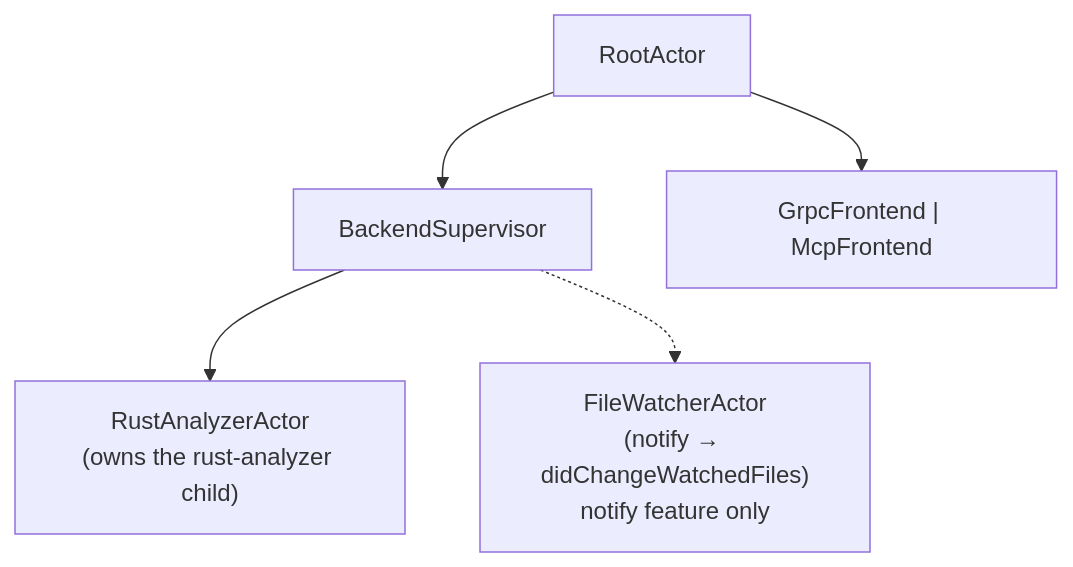
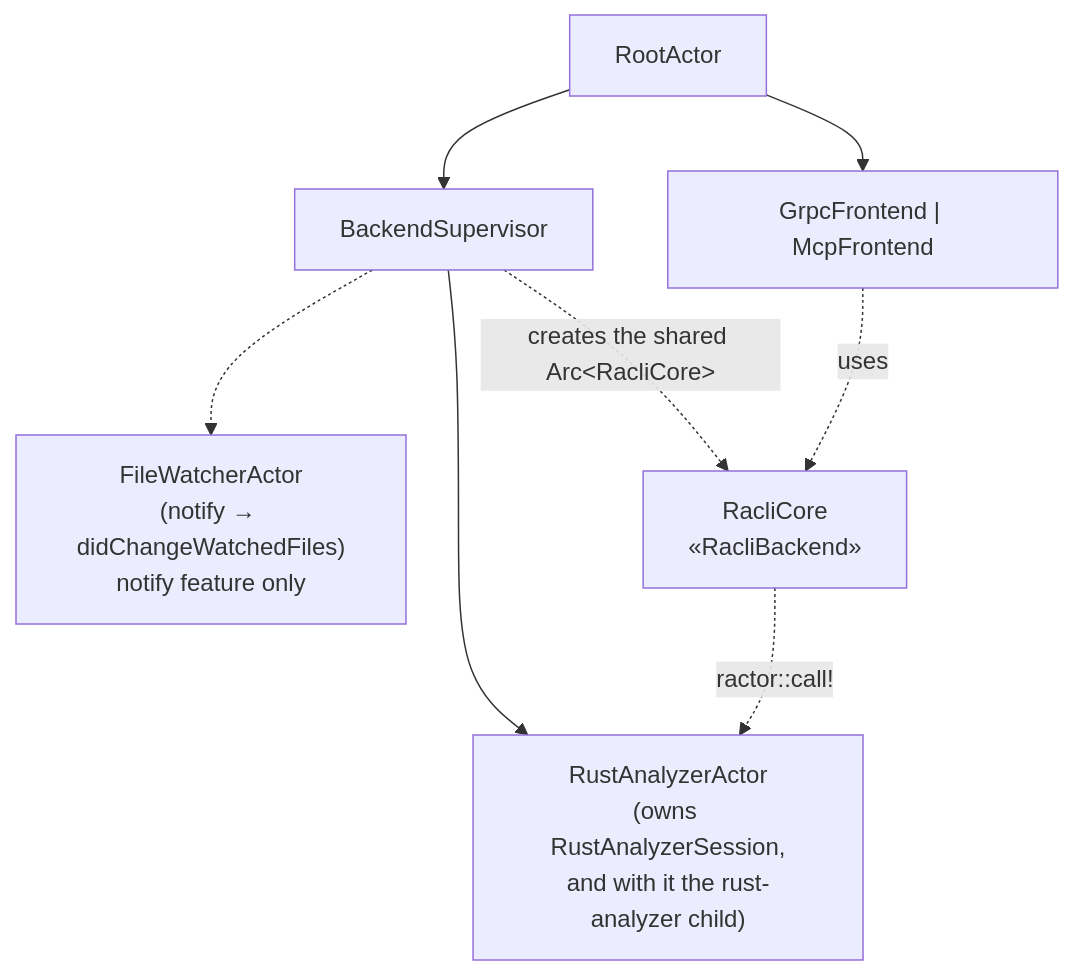
Before and after one commit to aisrael/racli: the sixth of 6 diagrams in docs/high-level-architecture.md, drawn with Mermaid. The commit also changed other lines of this file and 49 other files, not shown here.

````diff
--- a/docs/high-level-architecture.md
+++ b/docs/high-level-architecture.md
@@ -92,7 +124,10 @@
 ```mermaid
 flowchart TD
     Root[RootActor] --> Backend[BackendSupervisor]
     Root --> Frontend["GrpcFrontend | McpFrontend"]
-    Backend --> RA["RustAnalyzerActor<br/>(owns the rust-analyzer child)"]
+    Backend --> RA["RustAnalyzerActor<br/>(owns RustAnalyzerSession,<br/>and with it the rust-analyzer child)"]
     Backend -.-> Watcher["FileWatcherActor<br/>(notify → didChangeWatchedFiles)<br/>notify feature only"]
+    Backend -.->|"creates the shared Arc#lt;RacliCore#gt;"| Session["RacliCore<br/>«RacliBackend»"]
+    Frontend -.->|"uses"| Session
+    Session -.->|"ractor::call!"| RA
 ```
````
